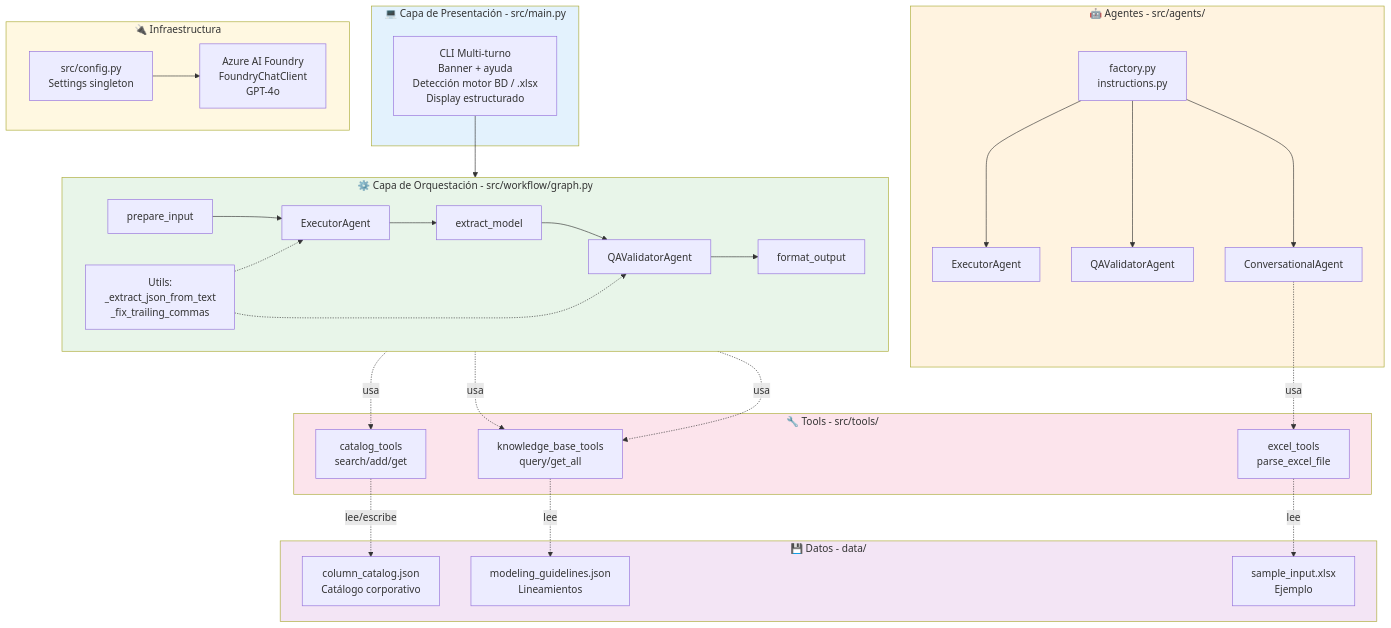
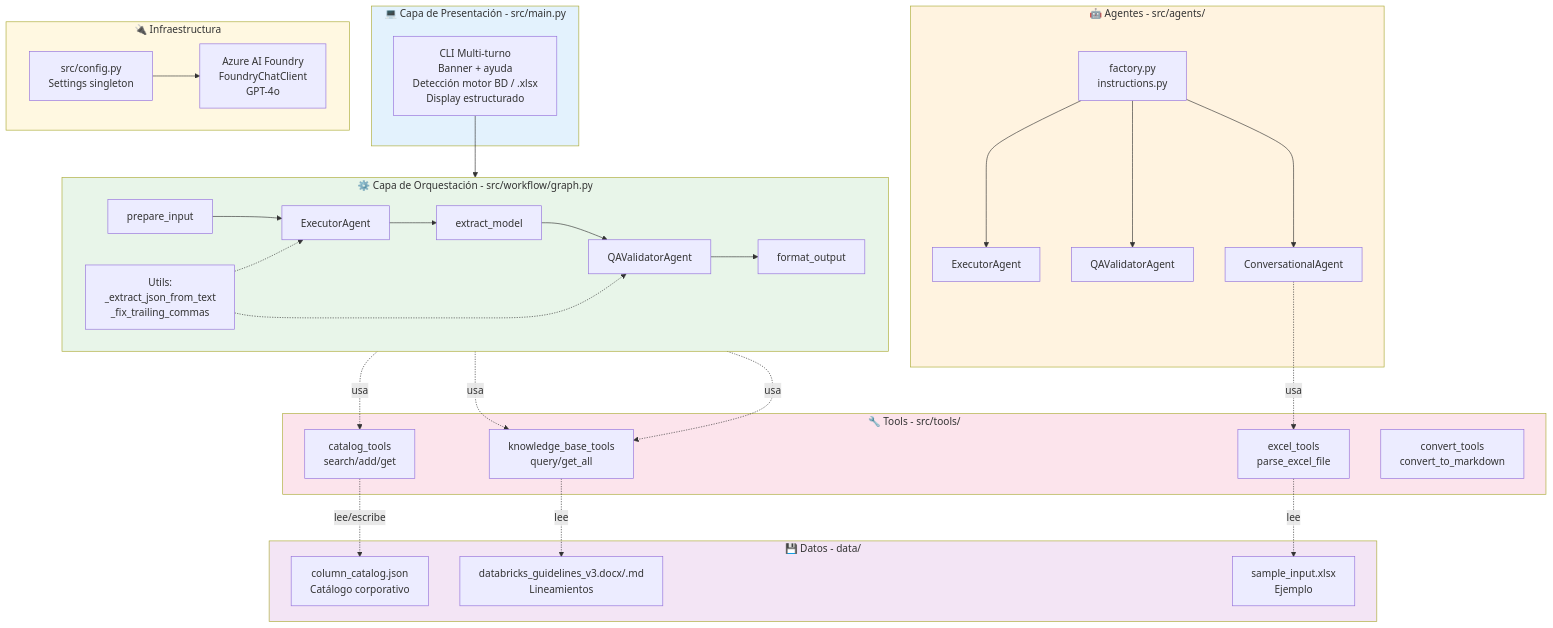
Before and after one commit to Carlosmps97/backend-data-model-hub: the diagram in doc/architecture.md, drawn with Mermaid. The commit also changed other lines of this file and 3 other files, not shown here.

````diff
--- a/doc/architecture.md
+++ b/doc/architecture.md
@@ -18,67 +18,68 @@
 ```mermaid
 flowchart TB
     subgraph Presentation["💻 Capa de Presentación - src/main.py"]
         CLI[CLI Multi-turno<br/>Banner + ayuda<br/>Detección motor BD / .xlsx<br/>Display estructurado]
     end
 
     subgraph Orchestration["⚙️ Capa de Orquestación - src/workflow/graph.py"]
         direction LR
         PI[prepare_input]
         EA[ExecutorAgent]
         EM[extract_model]
         QA[QAValidatorAgent]
         FO[format_output]
         UTIL[Utils:<br/>_extract_json_from_text<br/>_fix_trailing_commas]
 
         PI --> EA --> EM --> QA --> FO
         UTIL -.-> EA
         UTIL -.-> QA
     end
 
     subgraph Agents["🤖 Agentes - src/agents/"]
         AF[factory.py<br/>instructions.py]
         EX[ExecutorAgent]
         QAA[QAValidatorAgent]
         CONV[ConversationalAgent]
     end
 
     subgraph Tools["🔧 Tools - src/tools/"]
         ET[excel_tools<br/>parse_excel_file]
         CT[catalog_tools<br/>search/add/get]
         KBT[knowledge_base_tools<br/>query/get_all]
+        CVT[convert_tools<br/>convert_to_markdown]
     end
 
     subgraph Data["💾 Datos - data/"]
         CAT[column_catalog.json<br/>Catálogo corporativo]
-        GL[modeling_guidelines.json<br/>Lineamientos]
+        GL[databricks_guidelines_v3.docx/.md<br/>Lineamientos]
         SI[sample_input.xlsx<br/>Ejemplo]
     end
 
     subgraph Infra["🔌 Infraestructura"]
         CFG[src/config.py<br/>Settings singleton]
         AZ[Azure AI Foundry<br/>FoundryChatClient<br/>GPT-4o]
     end
 
     CLI --> Orchestration
     EA -.->|usa| KBT
     QA -.->|usa| CT
     QA -.->|usa| KBT
     CONV -.->|usa| ET
 
     KBT -.->|lee| GL
     CT -.->|lee/escribe| CAT
     ET -.->|lee| SI
 
     AF --> EX
     AF --> QAA
     AF --> CONV
 
     CFG --> AZ
 
     style Presentation fill:#e3f2fd
     style Orchestration fill:#e8f5e9
     style Agents fill:#fff3e0
     style Tools fill:#fce4ec
     style Data fill:#f3e5f5
     style Infra fill:#fff8e1
 ```
````
